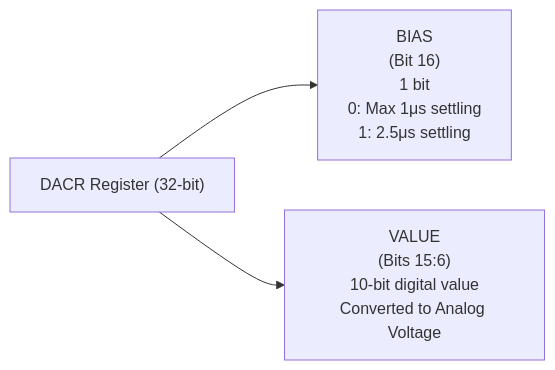
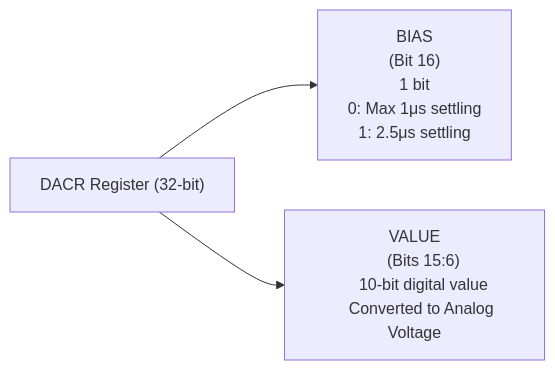
The diagram in content/Embedded/DAC.md (obsihost/theDocHudsonFinale), drawn with Mermaid before and after one commit. The commit also changed 6 other files, not shown here.

````diff
--- a/content/Embedded/DAC.md
+++ b/content/Embedded/DAC.md
@@ -29,8 +29,15 @@
 ```mermaid
 flowchart LR
     DACR["DACR Register (32-bit)"]
 
-    DACR --> BIAS["BIAS\n(Bit 16)\n1 bit\n0: Max 1μs settling\n1: 2.5μs settling\n "]
-    DACR --> VALUE["VALUE\n(Bits 15:6)\n10-bit digital value\nConverted to Analog Voltage"]
+    DACR --> BIAS["BIAS
+    (Bit 16)
+    1 bit
+    0: Max 1μs settling
+    1: 2.5μs settling"]
+    DACR --> VALUE["VALUE
+    (Bits 15:6)
+    10-bit digital value
+    Converted to Analog Voltage"]
 
 ```
````
